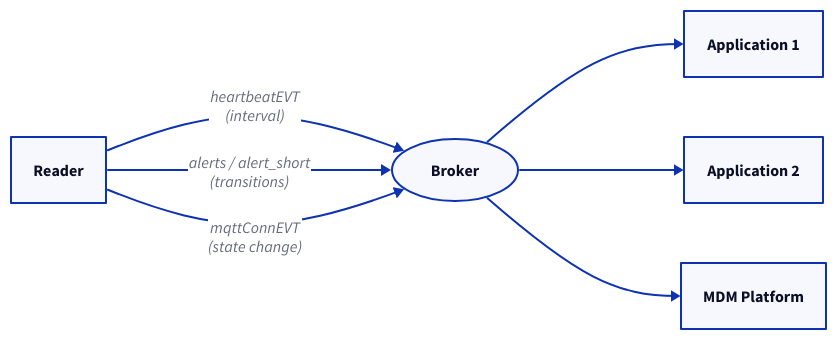
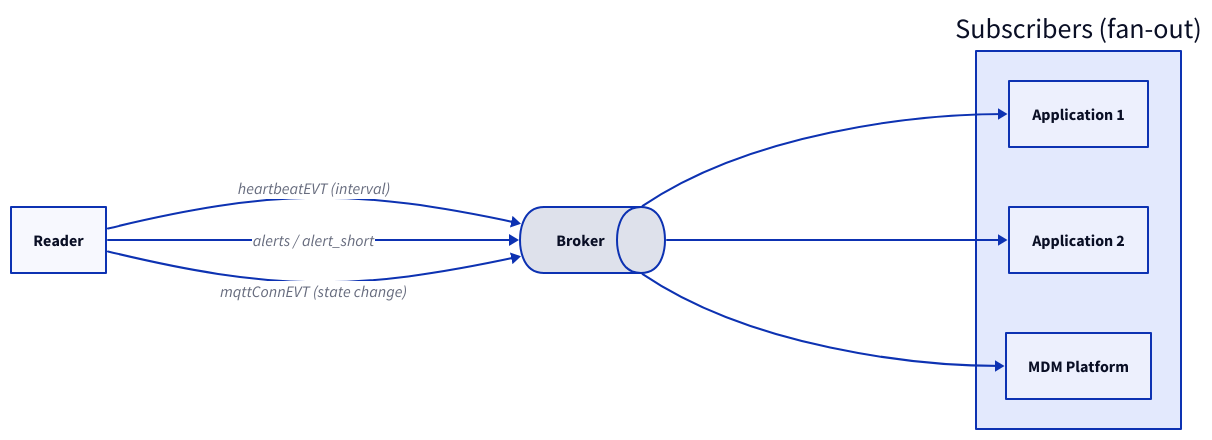
One commit to admiral-ai/zebra-handheld-rfid-iotc changed the second of 3 diagrams in docs/foundations/communication-flow.md. Above: the diagram before and after it, drawn with D2. The commit also changed other lines of this file and 40 other files, not shown here.

First line of the commit message:
Redesign all 54 D2 diagrams to a unified visual system

````diff
--- a/docs/foundations/communication-flow.md
+++ b/docs/foundations/communication-flow.md
@@ -86,14 +87,17 @@
 ```d2
 direction: right
 R: Reader
-B: Broker { shape: oval }
-A1: Application 1
-A2: Application 2
-M: MDM Platform
-R -> B: "heartbeatEVT\n(interval)"
-R -> B: "alerts / alert_short\n(transitions)"
-R -> B: "mqttConnEVT\n(state change)"
-B -> A1
-B -> A2
-B -> M
+B: Broker { shape: queue }
+subs: Subscribers (fan-out) {
+  A1: Application 1
+  A2: Application 2
+  M: MDM Platform
+}
+R -> B: "heartbeatEVT (interval)"
+R -> B: "alerts / alert_short"
+R -> B: "mqttConnEVT (state change)"
+B -> subs.A1
+B -> subs.A2
+B -> subs.M
+
 ```
````
